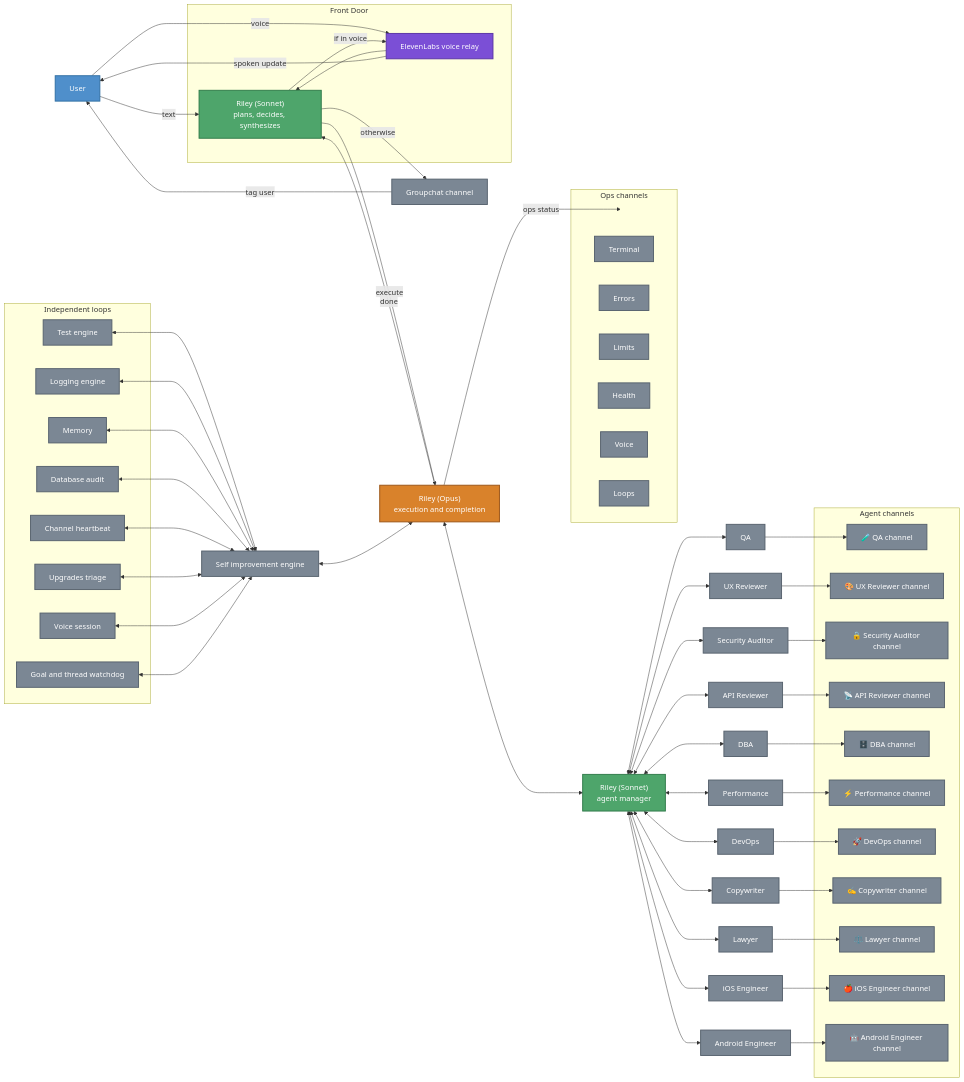
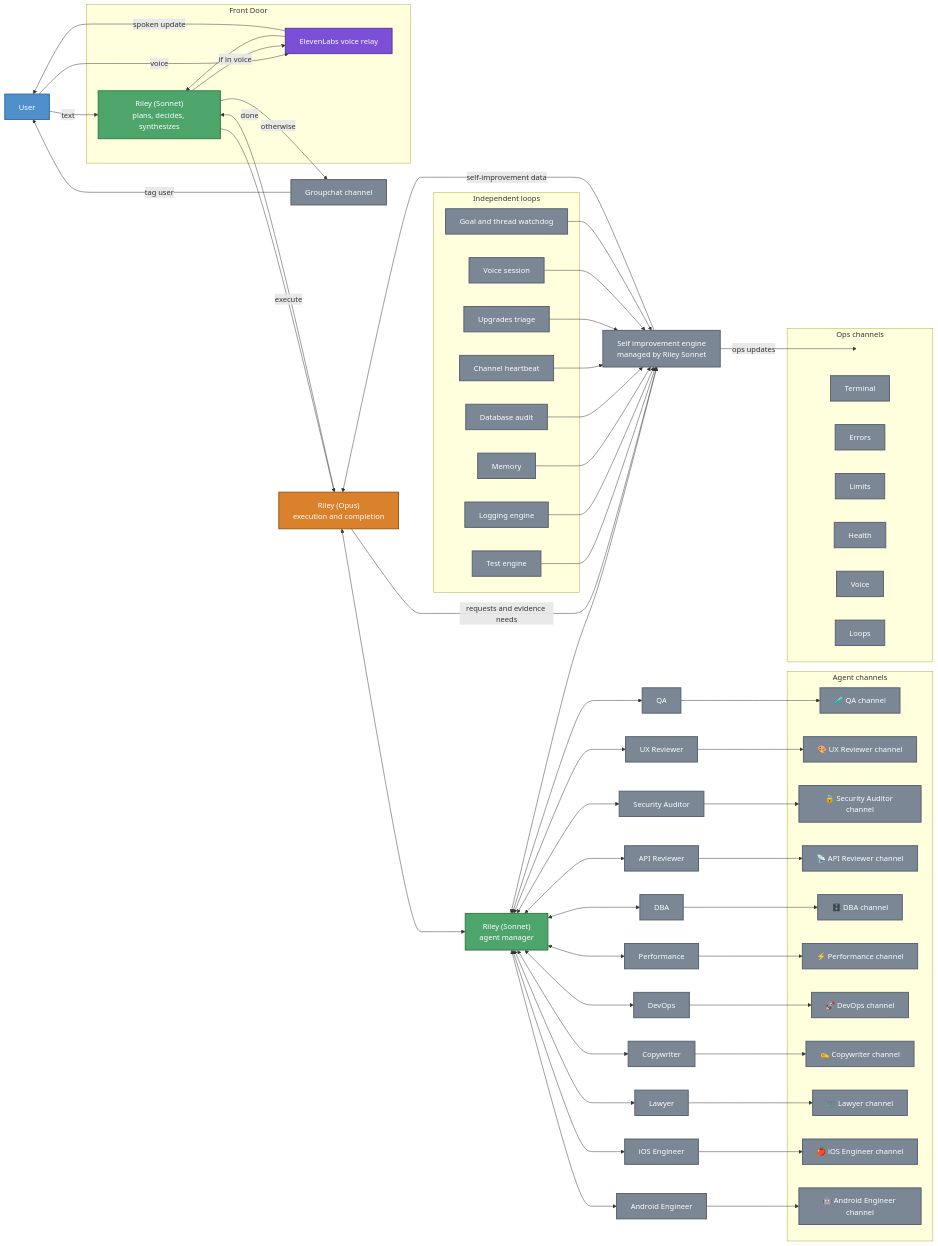
Before and after one commit to jflessenkemper/ASAP-discord: the diagram in README.md, drawn with Mermaid. The commit also changed other lines of this file and 7 other files, not shown here.

Commit message:
Route self-improvement through Riley manager

```diff
--- a/README.md
+++ b/README.md
@@ -35,7 +35,7 @@
     User[User]
     Opus["Riley (Opus)<br/>execution and completion"]
     Groupchat[Groupchat channel]
-    SelfImproveEngine[Self improvement engine]
+    SelfImproveEngine["Self improvement engine<br/>managed by Riley Sonnet"]
     AgentManager["Riley (Sonnet)<br/>agent manager"]
     QAAgent[QA]
     UXAgent[UX Reviewer]
@@ -94,6 +94,7 @@
     Voice --> Riley
     Riley -->|execute| Opus
     Opus <--> AgentManager
+    AgentManager <--> SelfImproveEngine
     AgentManager <--> QAAgent
     AgentManager <--> UXAgent
     AgentManager <--> SecurityAgent
@@ -116,17 +117,18 @@
     LawyerAgent --> LawyerChan
     IOSAgent --> IOSChan
     AndroidAgent --> AndroidChan
-    SelfImproveEngine <--> Opus
-    TestEngine <--> SelfImproveEngine
-    LoggingEngine <--> SelfImproveEngine
-    MemoryLoop <--> SelfImproveEngine
-    DatabaseAudit <--> SelfImproveEngine
-    ChannelHeartbeat <--> SelfImproveEngine
-    UpgradesTriage <--> SelfImproveEngine
-    VoiceSession <--> SelfImproveEngine
-    GoalWatchdog <--> SelfImproveEngine
+    SelfImproveEngine -->|self-improvement data| Opus
+    Opus -->|requests and evidence needs| SelfImproveEngine
+    TestEngine --> SelfImproveEngine
+    LoggingEngine --> SelfImproveEngine
+    MemoryLoop --> SelfImproveEngine
+    DatabaseAudit --> SelfImproveEngine
+    ChannelHeartbeat --> SelfImproveEngine
+    UpgradesTriage --> SelfImproveEngine
+    VoiceSession --> SelfImproveEngine
+    GoalWatchdog --> SelfImproveEngine
+    SelfImproveEngine -->|ops updates| OpsHub
     Opus -->|done| Riley
-    Opus -->|ops status| OpsHub
     Riley -->|if in voice| Voice
     Voice -->|spoken update| User
     Riley -->|otherwise| Groupchat
```
